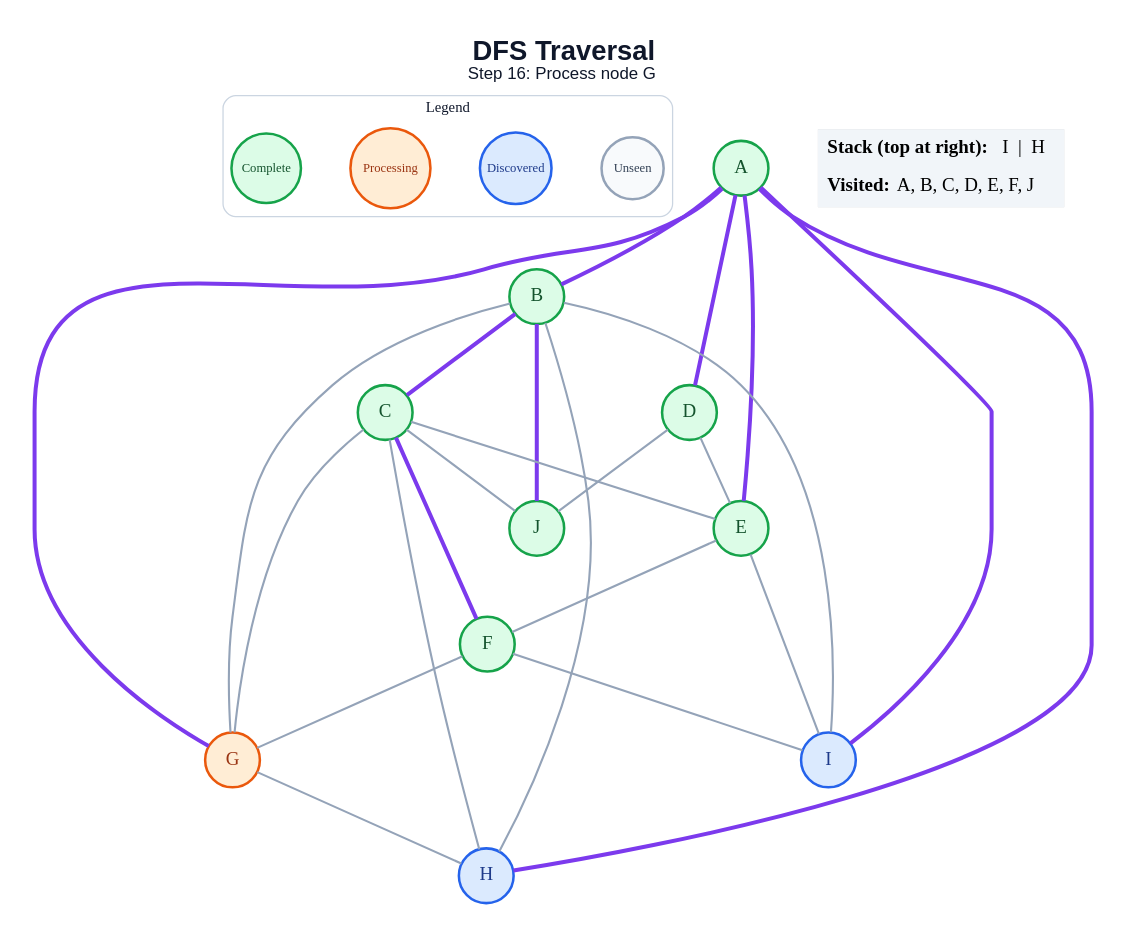
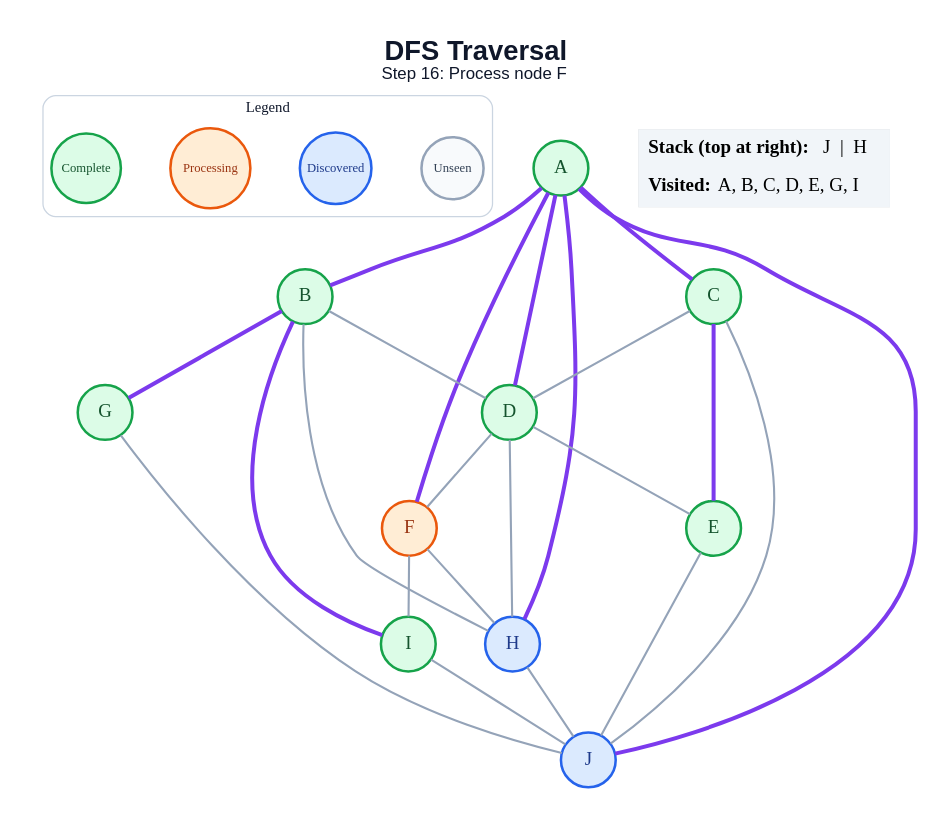
Before and after one commit to amanghodawala9/ai-slop: the diagram in generated/dfs/step_16.dot, drawn with Graphviz. The commit also changed 178 other files, not shown here.

```diff
--- a/generated/dfs/step_16.dot
+++ b/generated/dfs/step_16.dot
@@ -1,52 +1,51 @@
 graph traversal {
   graph [layout=dot, rankdir=TB, bgcolor="#FFFFFF", pad="0.35", nodesep="0.65", ranksep="0.8", fontname="Arial"];
   node [shape=circle, style="filled", fontname="Arial Bold", fontsize=18, width=0.72, fixedsize=true, penwidth=2.4];
   edge [color="#94A3B8", penwidth=2.0];
-  label=<<B>DFS Traversal</B><BR/><FONT POINT-SIZE="16">Step 16: Process node G</FONT>>; labelloc="t"; fontsize=26; fontname="Arial"; fontcolor="#0F172A";
+  label=<<B>DFS Traversal</B><BR/><FONT POINT-SIZE="16">Step 16: Process node F</FONT>>; labelloc="t"; fontsize=26; fontname="Arial"; fontcolor="#0F172A";
   subgraph cluster_legend { label="Legend"; color="#CBD5E1"; penwidth=1.2; style="rounded"; fontsize=14; fontname="Arial Bold";
     key_unseen [label="Unseen", fillcolor="#F8FAFC", color="#94A3B8", fontcolor="#334155", fontsize=12, width=0.82];
     key_frontier [label="Discovered", fillcolor="#DBEAFE", color="#2563EB", fontcolor="#1E3A8A", fontsize=12, width=0.95];
     key_current [label="Processing", fillcolor="#FFEDD5", color="#EA580C", fontcolor="#9A3412", fontsize=12, width=1.05];
     key_done [label="Complete", fillcolor="#DCFCE7", color="#16A34A", fontcolor="#14532D", fontsize=12, width=0.92];
     { rank=same; key_unseen; key_frontier; key_current; key_done; }
   }
   A [fillcolor="#DCFCE7", color="#16A34A", fontcolor="#14532D"];
   B [fillcolor="#DCFCE7", color="#16A34A", fontcolor="#14532D"];
   C [fillcolor="#DCFCE7", color="#16A34A", fontcolor="#14532D"];
   D [fillcolor="#DCFCE7", color="#16A34A", fontcolor="#14532D"];
   E [fillcolor="#DCFCE7", color="#16A34A", fontcolor="#14532D"];
-  F [fillcolor="#DCFCE7", color="#16A34A", fontcolor="#14532D"];
-  G [fillcolor="#FFEDD5", color="#EA580C", fontcolor="#9A3412"];
+  F [fillcolor="#FFEDD5", color="#EA580C", fontcolor="#9A3412"];
+  G [fillcolor="#DCFCE7", color="#16A34A", fontcolor="#14532D"];
   H [fillcolor="#DBEAFE", color="#2563EB", fontcolor="#1E3A8A"];
-  I [fillcolor="#DBEAFE", color="#2563EB", fontcolor="#1E3A8A"];
-  J [fillcolor="#DCFCE7", color="#16A34A", fontcolor="#14532D"];
+  I [fillcolor="#DCFCE7", color="#16A34A", fontcolor="#14532D"];
+  J [fillcolor="#DBEAFE", color="#2563EB", fontcolor="#1E3A8A"];
   A -- B [color="#7C3AED", penwidth=3.8];
+  A -- C [color="#7C3AED", penwidth=3.8];
   A -- D [color="#7C3AED", penwidth=3.8];
-  A -- E [color="#7C3AED", penwidth=3.8];
-  A -- G [color="#7C3AED", penwidth=3.8];
+  A -- F [color="#7C3AED", penwidth=3.8];
   A -- H [color="#7C3AED", penwidth=3.8];
-  A -- I [color="#7C3AED", penwidth=3.8];
-  B -- C [color="#7C3AED", penwidth=3.8];
-  B -- G;
+  A -- J [color="#7C3AED", penwidth=3.8];
+  B -- D;
+  B -- G [color="#7C3AED", penwidth=3.8];
   B -- H;
-  B -- I;
-  B -- J [color="#7C3AED", penwidth=3.8];
-  C -- E;
-  C -- F [color="#7C3AED", penwidth=3.8];
-  C -- G;
-  C -- H;
+  B -- I [color="#7C3AED", penwidth=3.8];
+  C -- D;
+  C -- E [color="#7C3AED", penwidth=3.8];
   C -- J;
   D -- E;
-  D -- J;
-  E -- F;
-  E -- I;
-  F -- G;
+  D -- F;
+  D -- H;
+  E -- J;
+  F -- H;
   F -- I;
-  G -- H;
+  G -- J;
+  H -- J;
+  I -- J;
   status [shape=plain, fixedsize=false, width=0, height=0, margin=0, label=<
     <TABLE BORDER="0" CELLBORDER="0" CELLPADDING="7" BGCOLOR="#F1F5F9">
-      <TR><TD ALIGN="LEFT"><B>Stack (top at right):</B> I  |  H</TD></TR>
-      <TR><TD ALIGN="LEFT"><B>Visited:</B> A, B, C, D, E, F, J</TD></TR>
+      <TR><TD ALIGN="LEFT"><B>Stack (top at right):</B> J  |  H</TD></TR>
+      <TR><TD ALIGN="LEFT"><B>Visited:</B> A, B, C, D, E, G, I</TD></TR>
     </TABLE>
   >];
 }
```
